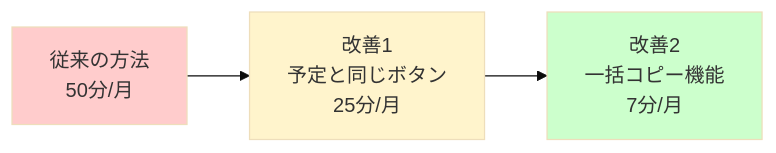
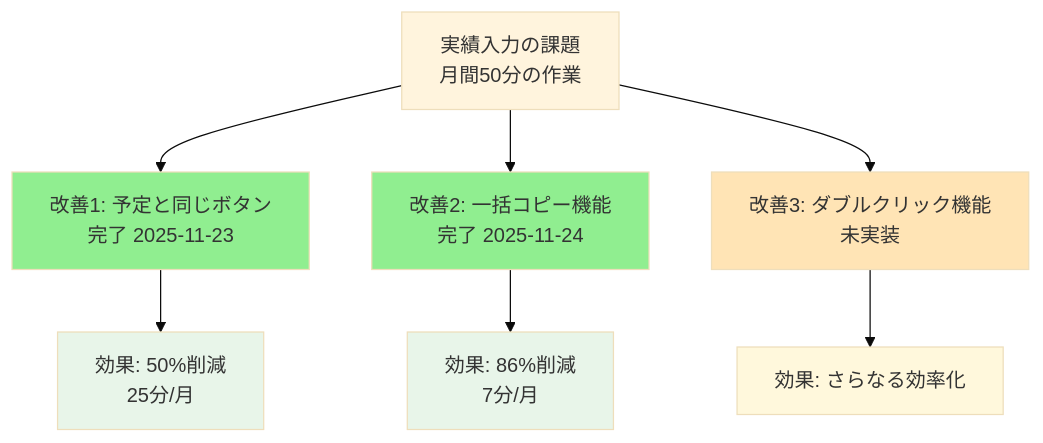
The first of 5 diagrams in docs/index.md (yasushi-honda/ai-care-shift-scheduler), drawn with Mermaid (base theme) before and after one commit. The commit also changed other lines of this file, not shown here.

````diff
--- a/docs/index.md
+++ b/docs/index.md
@@ -16,9 +14,19 @@
 ```mermaid
-graph LR
-    A[従来の方法<br/>50分/月] --> B[改善1<br/>予定と同じボタン<br/>25分/月]
-    B --> C[改善2<br/>一括コピー機能<br/>7分/月]
+graph TB
+    Start[実績入力の課題<br/>月間50分の作業]
 
-    style A fill:#ffcccc
-    style B fill:#fff4cc
-    style C fill:#ccffcc
+    Start --> Phase1[改善1: 予定と同じボタン<br/>完了 2025-11-23]
+    Start --> Phase2[改善2: 一括コピー機能<br/>完了 2025-11-24]
+    Start --> Phase3[改善3: ダブルクリック機能<br/>未実装]
+
+    Phase1 --> Result1[効果: 50%削減<br/>25分/月]
+    Phase2 --> Result2[効果: 86%削減<br/>7分/月]
+    Phase3 --> Result3[効果: さらなる効率化]
+
+    style Phase1 fill:#90EE90
+    style Phase2 fill:#90EE90
+    style Phase3 fill:#FFE4B5
+    style Result1 fill:#E8F5E9
+    style Result2 fill:#E8F5E9
+    style Result3 fill:#FFF8DC
 ```
````
